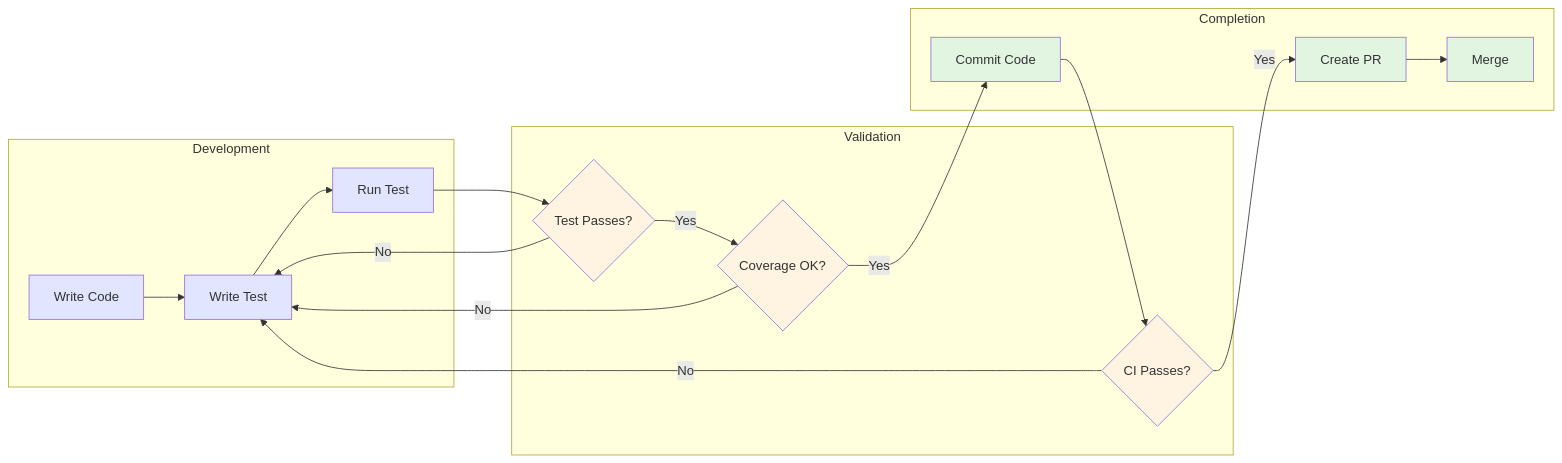
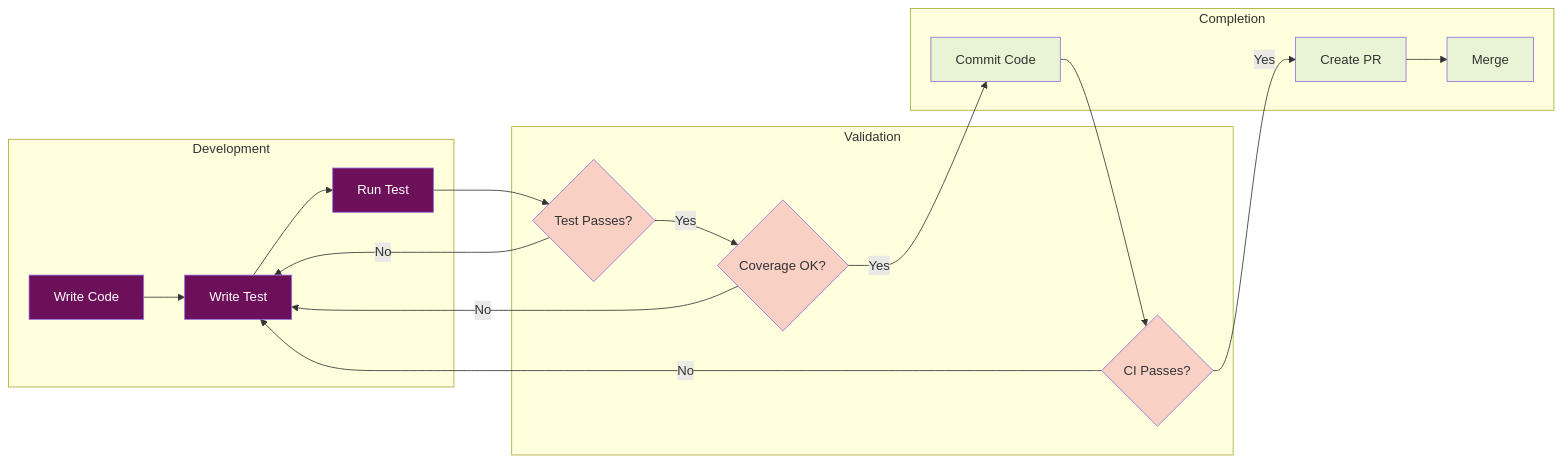
One commit to radicalkjax/Athena changed the second of 3 diagrams in docs/testing/getting-started.md. Above: the diagram before and after it, drawn with Mermaid. The commit also changed other lines of this file and 4 other files, not shown here.

Commit message:
updates to mermaid styling

````diff
--- a/docs/testing/getting-started.md
+++ b/docs/testing/getting-started.md
@@ -86,46 +86,46 @@
 ```mermaid
 flowchart LR
     subgraph "Development"
         WRITE[Write Code]
         TEST[Write Test]
         RUN[Run Test]
     end
     
     subgraph "Validation"
         PASS{Test Passes?}
         COV{Coverage OK?}
         CI{CI Passes?}
     end
     
     subgraph "Completion"
         COMMIT[Commit Code]
         PR[Create PR]
         MERGE[Merge]
     end
     
     WRITE --> TEST
     TEST --> RUN
     RUN --> PASS
     
     PASS -->|No| TEST
     PASS -->|Yes| COV
     
     COV -->|No| TEST
     COV -->|Yes| COMMIT
     
     COMMIT --> CI
     CI -->|No| TEST
     CI -->|Yes| PR
     
     PR --> MERGE
     
-    style WRITE fill:#e1e5ff
-    style TEST fill:#e1e5ff
-    style RUN fill:#e1e5ff
-    style PASS fill:#fff4e1
-    style COV fill:#fff4e1
-    style CI fill:#fff4e1
-    style COMMIT fill:#e1f5e1
-    style PR fill:#e1f5e1
-    style MERGE fill:#e1f5e1
+    style WRITE fill:#6d105a,color:#fff
+    style TEST fill:#6d105a,color:#fff
+    style RUN fill:#6d105a,color:#fff
+    style PASS fill:#f9d0c4,color:#333
+    style COV fill:#f9d0c4,color:#333
+    style CI fill:#f9d0c4,color:#333
+    style COMMIT fill:#e8f4d4,color:#333
+    style PR fill:#e8f4d4,color:#333
+    style MERGE fill:#e8f4d4,color:#333
 ```
````
